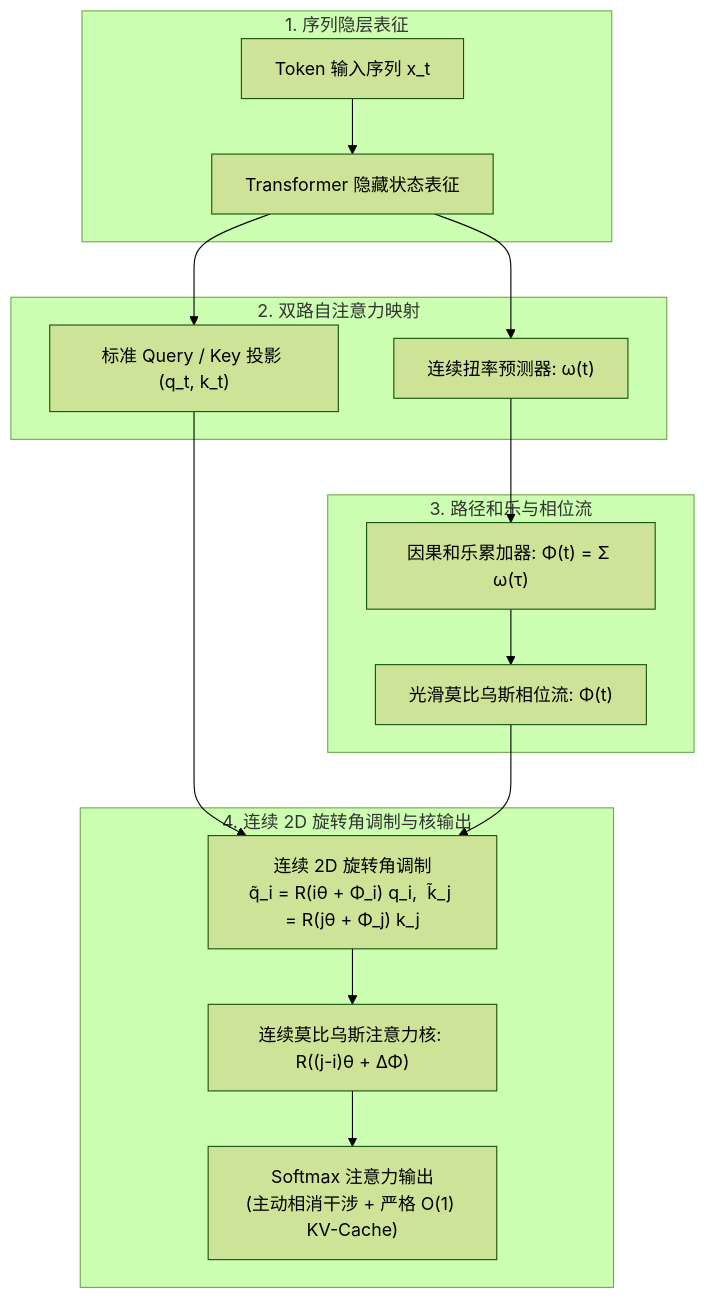
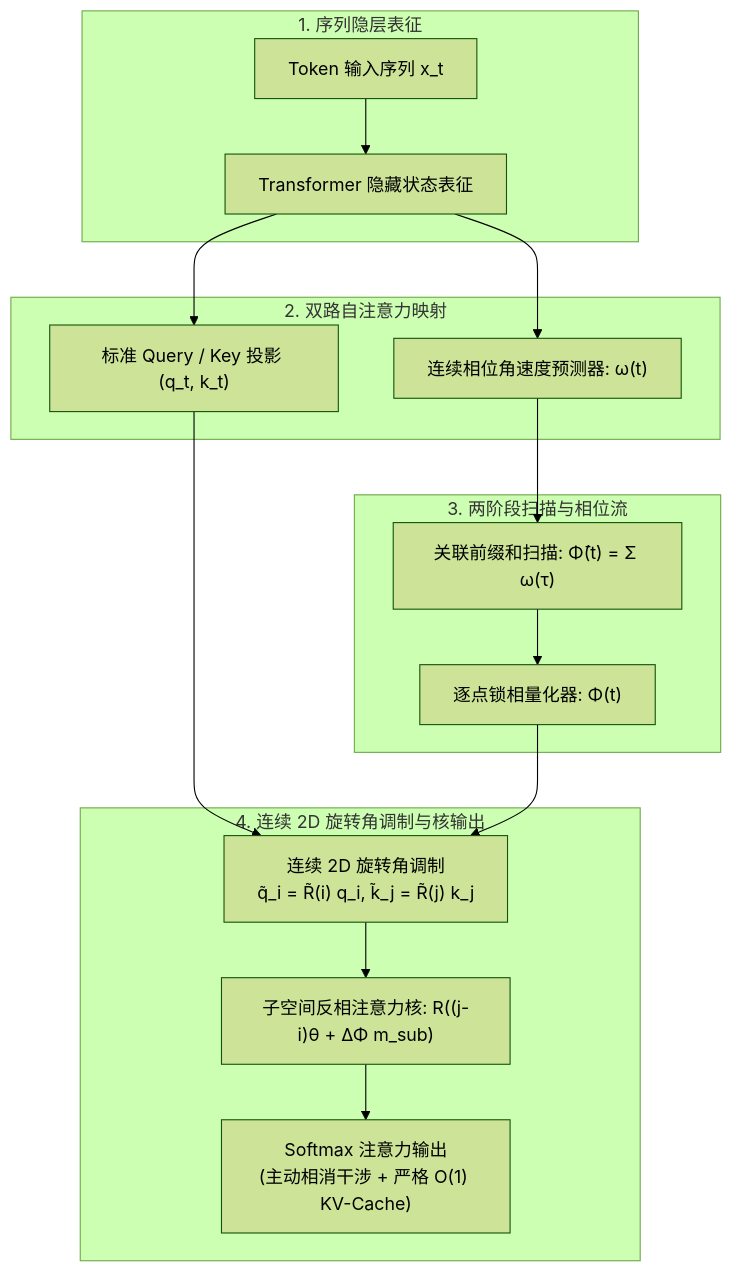
One commit to 3y3y3y-huaiji/mobius-attention changed the third of 3 diagrams in README_zh.md. Above: the diagram before and after it, drawn with Mermaid (forest theme). The commit also changed other lines of this file and 17 other files, not shown here.

````diff
--- a/README_zh.md
+++ b/README_zh.md
@@ -218,22 +232,22 @@
 ```mermaid
 flowchart TD
     subgraph S1["1. 序列隐层表征"]
         X["Token 输入序列 x_t"] --> H["Transformer 隐藏状态表征"]
     end
 
     subgraph S2["2. 双路自注意力映射"]
         H --> QK["标准 Query / Key 投影 (q_t, k_t)"]
-        H --> SGC["连续扭率预测器: ω(t)"]
+        H --> SGC["连续相位角速度预测器: ω(t)"]
     end
 
-    subgraph S3["3. 路径和乐与相位流"]
-        SGC --> HOL["因果和乐累加器: Φ(t) = Σ ω(τ)"]
-        HOL --> PAR["光滑莫比乌斯相位流: Φ(t)"]
+    subgraph S3["3. 两阶段扫描与相位流"]
+        SGC --> HOL["关联前缀和扫描: Φ̄(t) = Σ ω(τ)"]
+        HOL --> PAR["逐点锁相量化器: Φ(t)"]
     end
 
     subgraph S4["4. 连续 2D 旋转角调制与核输出"]
-        QK & PAR --> DUAL["连续 2D 旋转角调制<br>q̃_i = R(iθ + Φ_i) q_i,  k̃_j = R(jθ + Φ_j) k_j"]
-        DUAL --> KERNEL["连续莫比乌斯注意力核: R((j-i)θ + ΔΦ)"]
+        QK & PAR --> DUAL["连续 2D 旋转角调制<br>q̃_i = R̃(i) q_i,  k̃_j = R̃(j) k_j"]
+        DUAL --> KERNEL["子空间反相注意力核: R((j-i)θ + ΔΦ m_sub)"]
         KERNEL --> SM["Softmax 注意力输出<br>(主动相消干涉 + 严格 O(1) KV-Cache)"]
     end
 ```
````
